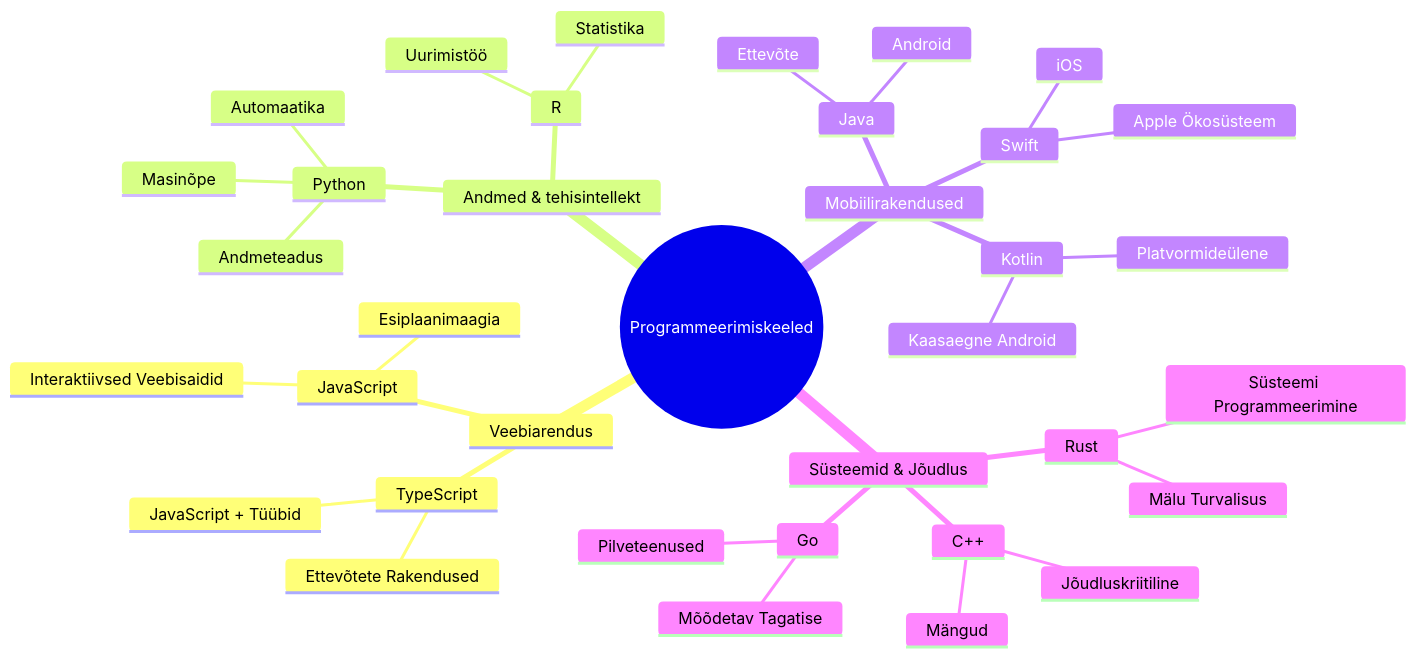
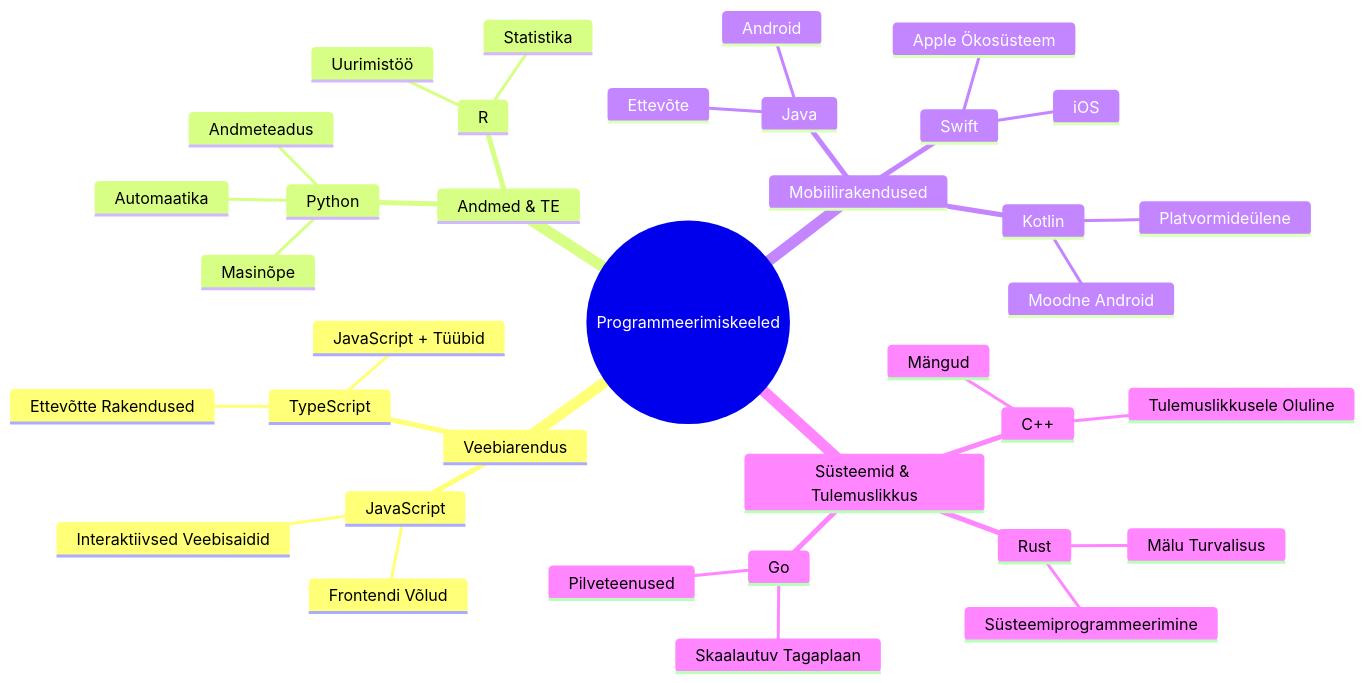
The second of 7 diagrams in translations/et/1-getting-started-lessons/1-intro-to-programming-languages/README.md (microsoft/Web-Dev-For-Beginners), drawn with Mermaid before and after one commit. The commit also changed other lines of this file and 11 other files, not shown here.

````diff
--- a/translations/et/1-getting-started-lessons/1-intro-to-programming-languages/README.md
+++ b/translations/et/1-getting-started-lessons/1-intro-to-programming-languages/README.md
@@ -84,39 +85,39 @@
 ```mermaid
 mindmap
   root((Programmeerimiskeeled))
     Veebiarendus
       JavaScript
-        Esiplaanimaagia
+        Frontendi Võlud
         Interaktiivsed Veebisaidid
       TypeScript
         JavaScript + Tüübid
-        Ettevõtete Rakendused
-    Andmed & tehisintellekt
+        Ettevõtte Rakendused
+    Andmed & TE
       Python
         Andmeteadus
         Masinõpe
         Automaatika
       R
         Statistika
         Uurimistöö
     Mobiilirakendused
       Java
         Android
         Ettevõte
       Swift
         iOS
         Apple Ökosüsteem
       Kotlin
-        Kaasaegne Android
+        Moodne Android
         Platvormideülene
-    Süsteemid & Jõudlus
+    Süsteemid & Tulemuslikkus
       C++
         Mängud
-        Jõudluskriitiline
+        Tulemuslikkusele Oluline
       Rust
         Mälu Turvalisus
-        Süsteemi Programmeerimine
+        Süsteemiprogrammeerimine
       Go
         Pilveteenused
-        Mõõdetav Tagatise
+        Skaalautuv Tagaplaan
 ```
````
